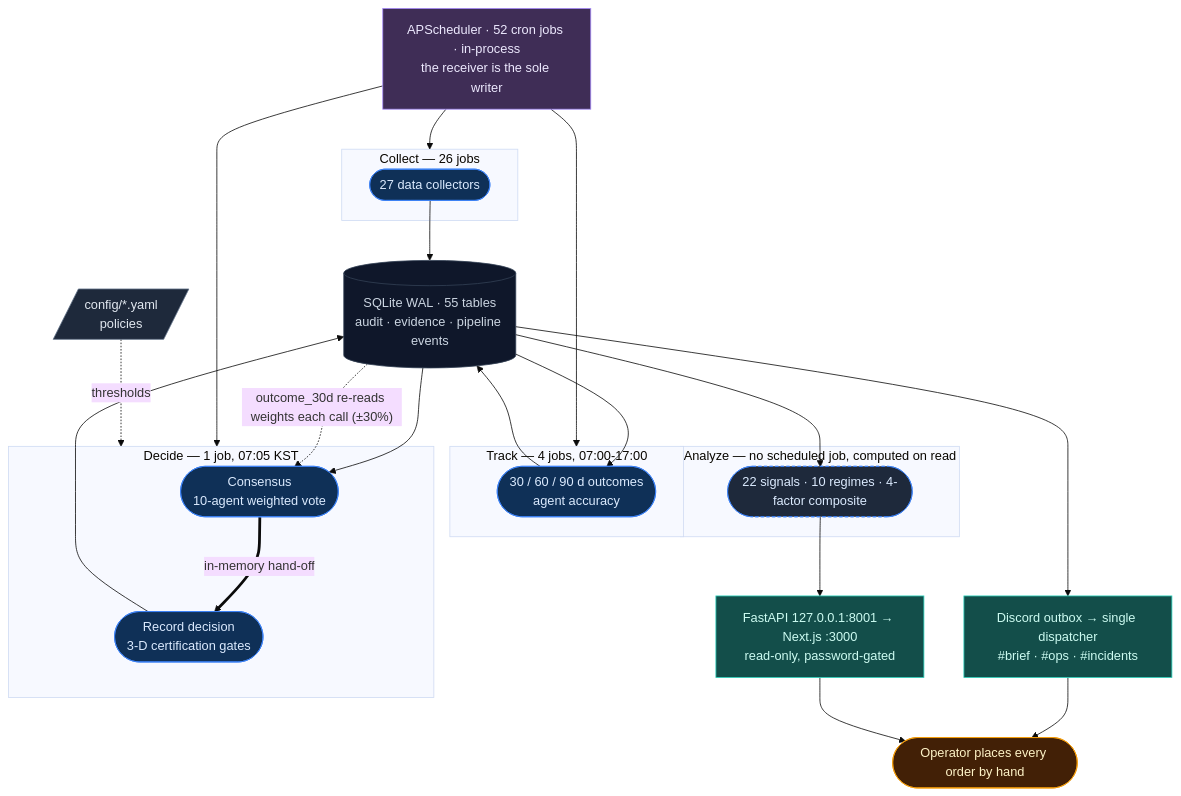
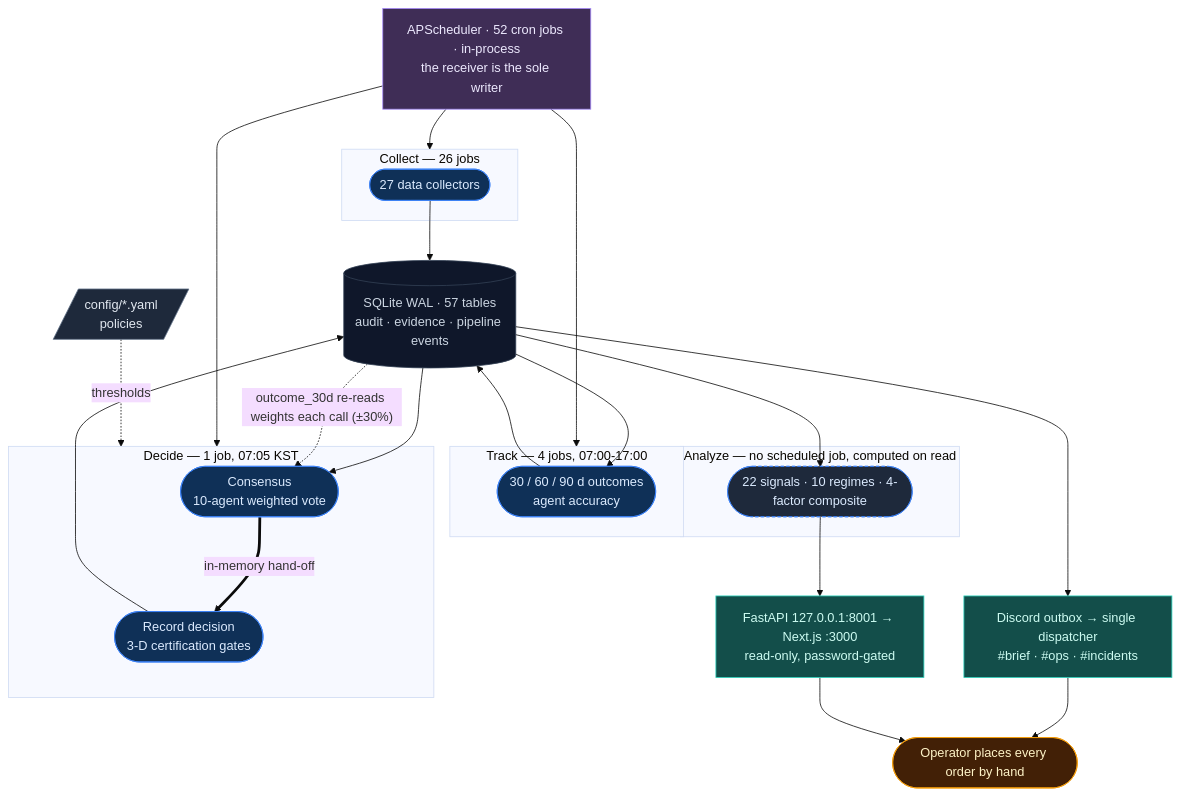
One commit to researcherhojin/nuri-quant changed the diagram in README.md. Above: the diagram before and after it, drawn with Mermaid (base theme). The commit also changed other lines of this file and 11 other files, not shown here.

````diff
--- a/README.md
+++ b/README.md
@@ -55,53 +55,53 @@
 ```mermaid
 flowchart TB
     SCHED["APScheduler · 52 cron jobs · in-process<br/>the receiver is the sole writer"]:::driver
     CFG[/"config/*.yaml<br/>policies"/]:::source
 
     subgraph Collect["Collect — 26 jobs"]
         COL(["27 data collectors"]):::pipe
     end
     subgraph Decide["Decide — 1 job, 07:05 KST"]
         CON(["Consensus<br/>10-agent weighted vote"]):::pipe
         CER(["Record decision<br/>3-D certification gates"]):::pipe
         CON ==>|in-memory hand-off| CER
     end
     subgraph Track["Track — 4 jobs, 07:00-17:00"]
         TRK(["30 / 60 / 90 d outcomes<br/>agent accuracy"]):::pipe
     end
     subgraph Analyze["Analyze — no scheduled job, computed on read"]
         ANA(["22 signals · 10 regimes · 4-factor composite"]):::lazy
     end
 
-    DB[("SQLite WAL · 55 tables<br/>audit · evidence · pipeline events")]:::sink
+    DB[("SQLite WAL · 57 tables<br/>audit · evidence · pipeline events")]:::sink
 
     SCHED --> Collect
     SCHED --> Decide
     SCHED --> Track
     CFG -. thresholds .-> Decide
 
     COL --> DB
     DB --> CON
     CER --> DB
     DB --> TRK
     TRK --> DB
     DB -. "outcome_30d re-reads weights each call (±30%)" .-> CON
 
     DB --> ANA
     ANA --> READ
     DB --> BRIEF
 
     BRIEF["Discord outbox → single dispatcher<br/>#brief · #ops · #incidents"]:::out
     READ["FastAPI 127.0.0.1:8001 → Next.js :3000<br/>read-only, password-gated"]:::out
     USER(["Operator places every order by hand"]):::user
 
     BRIEF --> USER
     READ --> USER
 
     classDef driver fill:#3f2d56,stroke:#a78bfa,color:#ede9fe
     classDef source fill:#1e293b,stroke:#64748b,color:#e2e8f0
     classDef pipe   fill:#0f3057,stroke:#3b82f6,color:#dbeafe
     classDef lazy   fill:#1e293b,stroke:#3b82f6,color:#dbeafe,stroke-dasharray: 4 3
     classDef sink   fill:#0f172a,stroke:#334155,color:#cbd5e1
     classDef out    fill:#134e4a,stroke:#2dd4bf,color:#ccfbf1
     classDef user   fill:#422006,stroke:#f59e0b,color:#fef3c7
 ```
````
